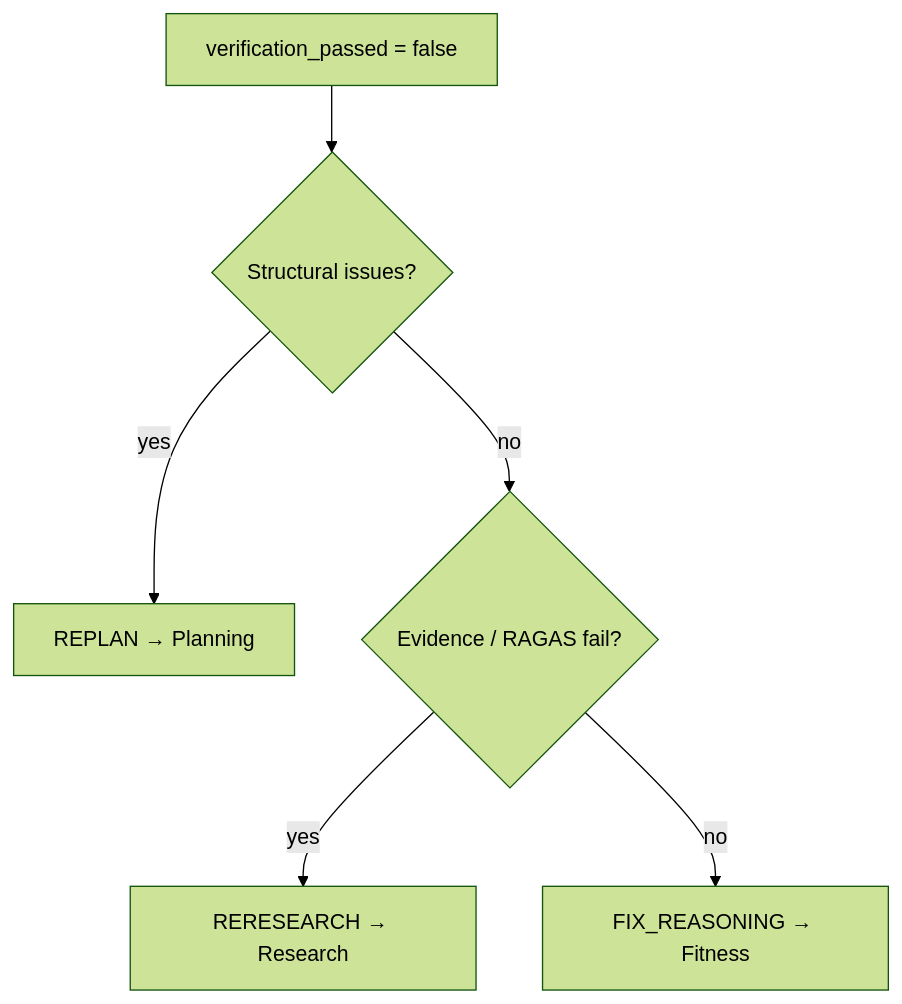
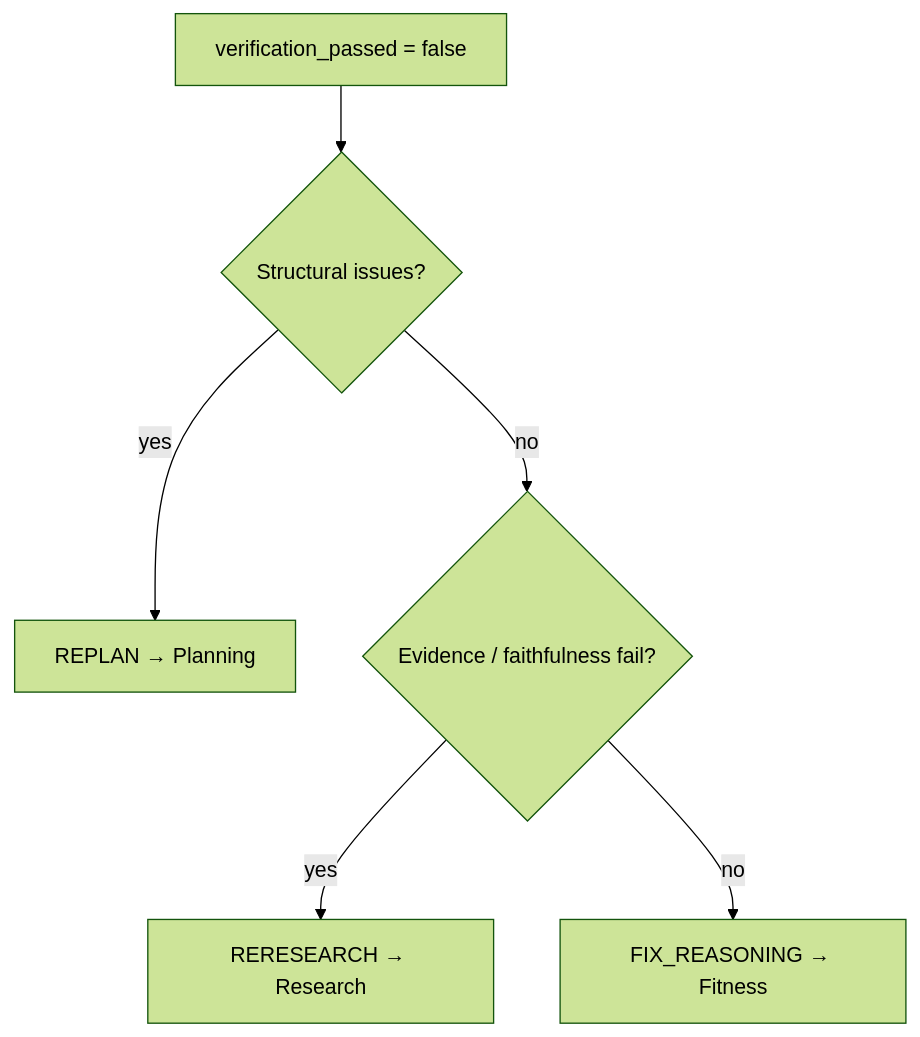
One commit to hoanhoang-agilityio/Assistant-Learning changed the second of 2 diagrams in src/docs/agents/workflow.md. Above: the diagram before and after it, drawn with Mermaid (forest theme). The commit also changed other lines of this file and 1 other file, not shown here.

````diff
--- a/src/docs/agents/workflow.md
+++ b/src/docs/agents/workflow.md
@@ -286,8 +297,8 @@
 ```mermaid
 flowchart TD
     fail[verification_passed = false] --> structural{Structural issues?}
     structural -->|yes| replan[REPLAN → Planning]
-    structural -->|no| evidence{Evidence / RAGAS fail?}
+    structural -->|no| evidence{Evidence / faithfulness fail?}
     evidence -->|yes| reresearch[RERESEARCH → Research]
     evidence -->|no| fix[FIX_REASONING → Fitness]
 ```
````
